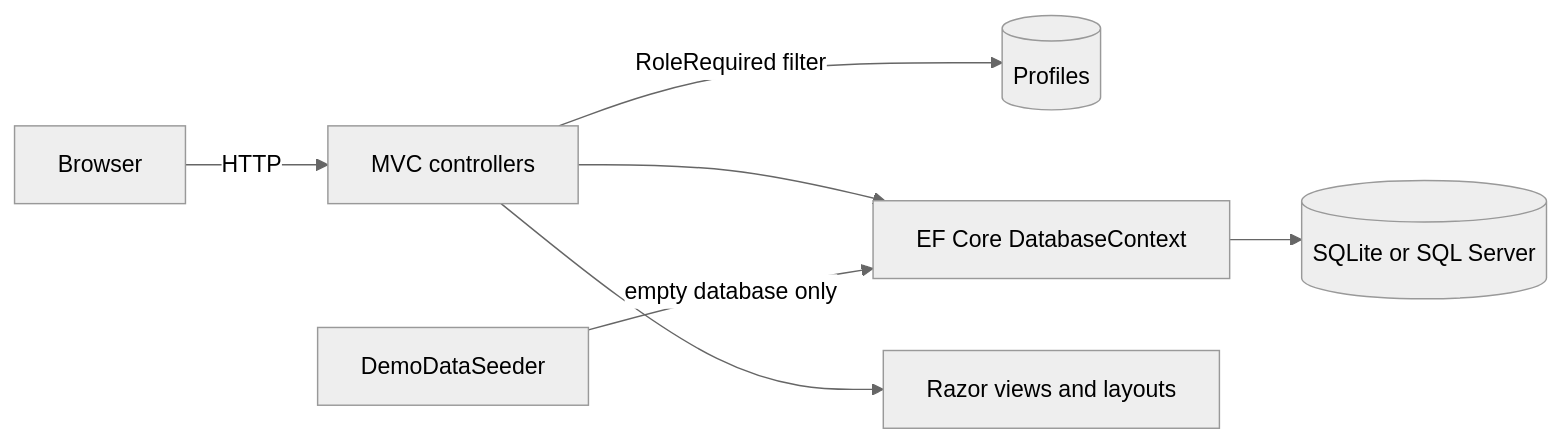
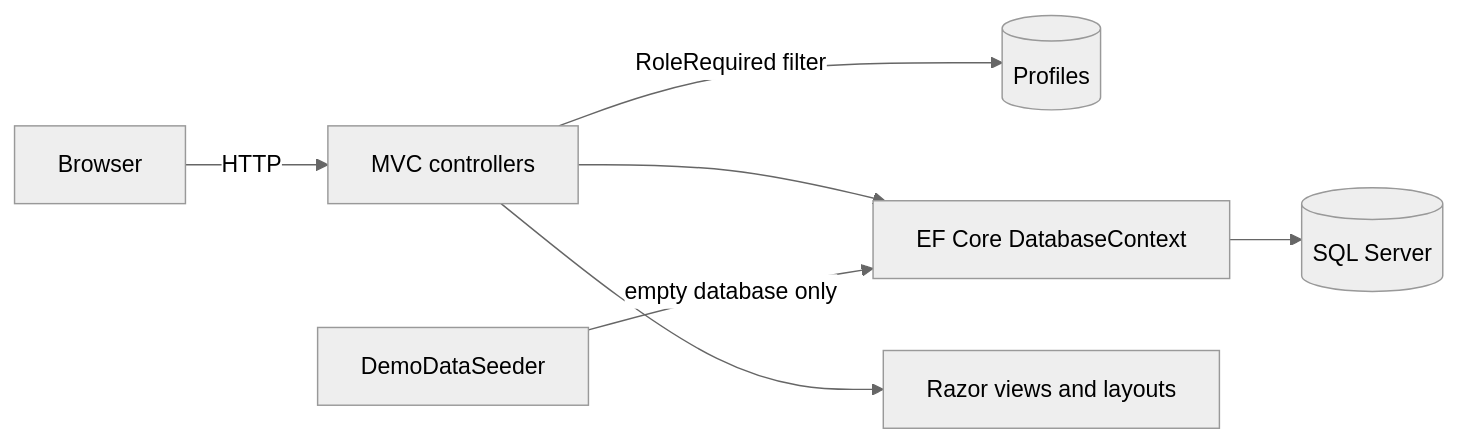
The diagram in README.md (DogNellaf/aurora-dent), drawn with Mermaid (neutral theme) before and after one commit. The commit also changed other lines of this file and 13 other files, not shown here.

First line of the commit message:
Move to SQL Server only, switch to PolyForm Noncommercial, rewrite READMEs

````diff
--- a/README.md
+++ b/README.md
@@ -126,9 +127,9 @@
 ```mermaid
 flowchart LR
     U[Browser] -->|HTTP| C[MVC controllers]
     C -->|RoleRequired filter| P[(Profiles)]
     C --> D[EF Core DatabaseContext]
-    D --> DB[(SQLite or SQL Server)]
+    D --> DB[(SQL Server)]
     S[DemoDataSeeder] -->|empty database only| D
     C --> V[Razor views and layouts]
 ```
````
